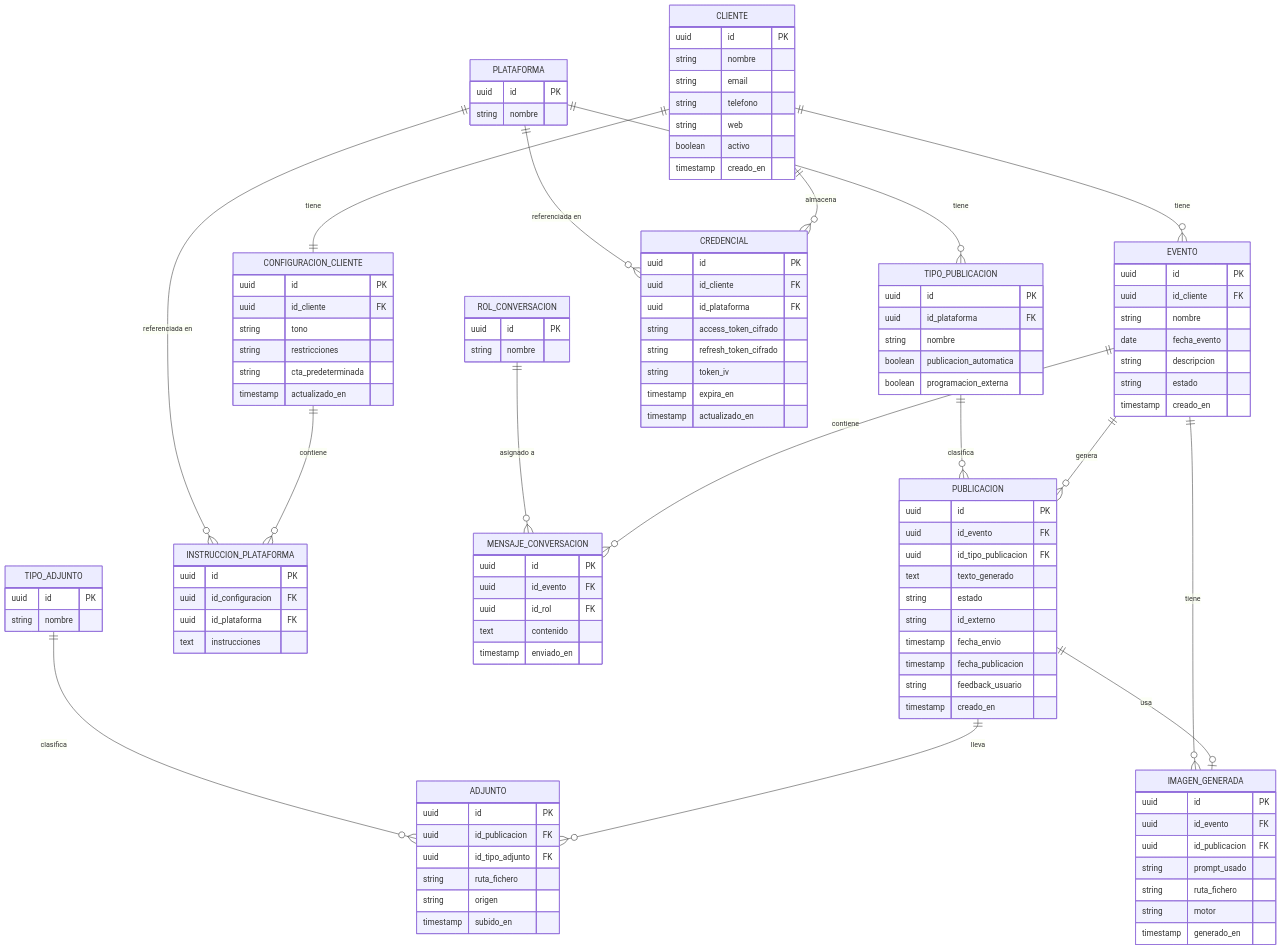
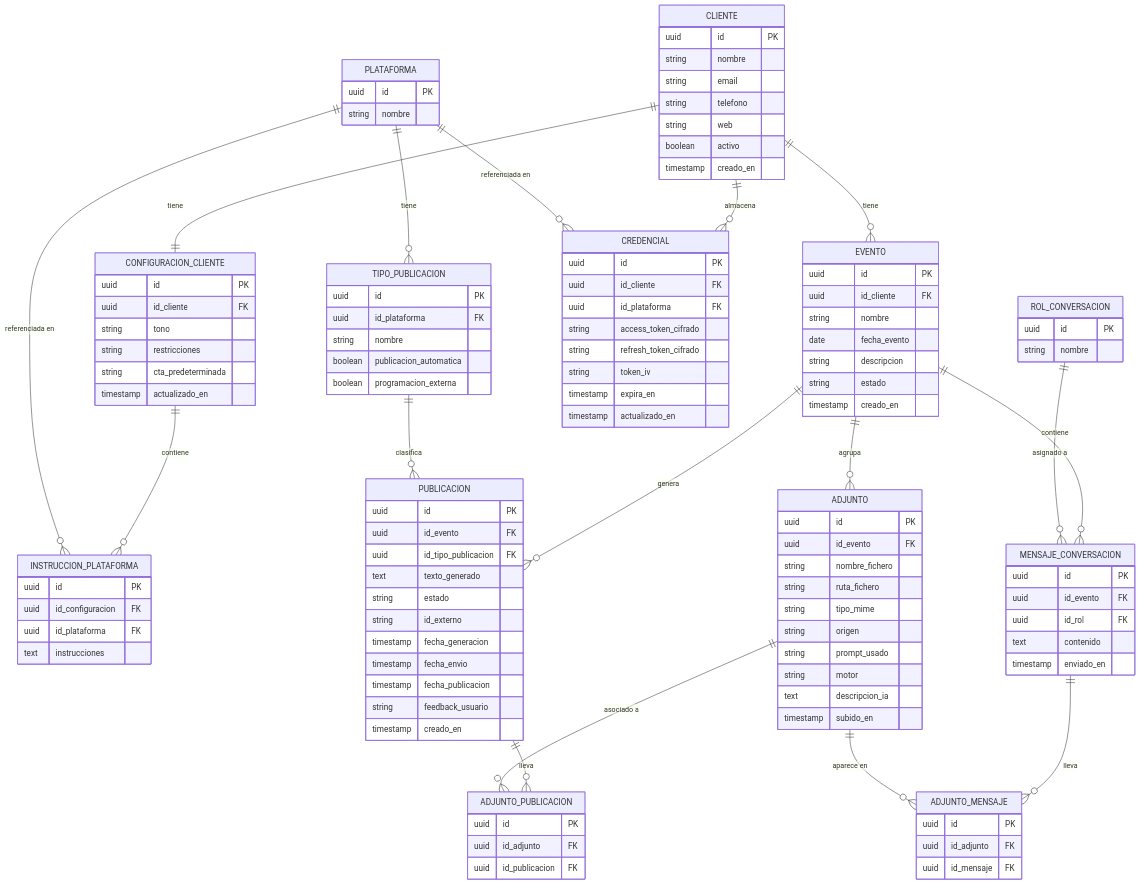
The diagram in docs/ER_COMMUNITY_MANAGER.md (abed-nego999/comunity_manager), drawn with Mermaid before and after one commit. The commit also changed other lines of this file and 43 other files, not shown here.

````diff
--- a/docs/ER_COMMUNITY_MANAGER.md
+++ b/docs/ER_COMMUNITY_MANAGER.md
@@ -27,10 +27,6 @@
     boolean programacion_externa
   }
   ROL_CONVERSACION {
-    uuid id PK
-    string nombre
-  }
-  TIPO_ADJUNTO {
     uuid id PK
     string nombre
   }
@@ -90,6 +86,7 @@
     text texto_generado
     string estado
     string id_externo
+    timestamp fecha_generacion
     timestamp fecha_envio
     timestamp fecha_publicacion
     string feedback_usuario
@@ -97,20 +94,25 @@
   }
   ADJUNTO {
     uuid id PK
-    uuid id_publicacion FK
-    uuid id_tipo_adjunto FK
+    uuid id_evento FK
+    string nombre_fichero
     string ruta_fichero
+    string tipo_mime
     string origen
+    string prompt_usado
+    string motor
+    text descripcion_ia
     timestamp subido_en
   }
-  IMAGEN_GENERADA {
+  ADJUNTO_PUBLICACION {
     uuid id PK
-    uuid id_evento FK
+    uuid id_adjunto FK
     uuid id_publicacion FK
-    string prompt_usado
-    string ruta_fichero
-    string motor
-    timestamp generado_en
+  }
+  ADJUNTO_MENSAJE {
+    uuid id PK
+    uuid id_adjunto FK
+    uuid id_mensaje FK
   }
 
   PLATAFORMA ||--o{ TIPO_PUBLICACION : "tiene"
@@ -118,14 +120,15 @@
   PLATAFORMA ||--o{ CREDENCIAL : "referenciada en"
   TIPO_PUBLICACION ||--o{ PUBLICACION : "clasifica"
   ROL_CONVERSACION ||--o{ MENSAJE_CONVERSACION : "asignado a"
-  TIPO_ADJUNTO ||--o{ ADJUNTO : "clasifica"
   CLIENTE ||--|| CONFIGURACION_CLIENTE : "tiene"
   CLIENTE ||--o{ CREDENCIAL : "almacena"
   CLIENTE ||--o{ EVENTO : "tiene"
   CONFIGURACION_CLIENTE ||--o{ INSTRUCCION_PLATAFORMA : "contiene"
   EVENTO ||--o{ MENSAJE_CONVERSACION : "contiene"
   EVENTO ||--o{ PUBLICACION : "genera"
-  EVENTO ||--o{ IMAGEN_GENERADA : "tiene"
-  PUBLICACION ||--o{ ADJUNTO : "lleva"
-  PUBLICACION ||--o| IMAGEN_GENERADA : "usa"
+  EVENTO ||--o{ ADJUNTO : "agrupa"
+  ADJUNTO ||--o{ ADJUNTO_PUBLICACION : "asociado a"
+  PUBLICACION ||--o{ ADJUNTO_PUBLICACION : "lleva"
+  ADJUNTO ||--o{ ADJUNTO_MENSAJE : "aparece en"
+  MENSAJE_CONVERSACION ||--o{ ADJUNTO_MENSAJE : "lleva"
 ```
````
